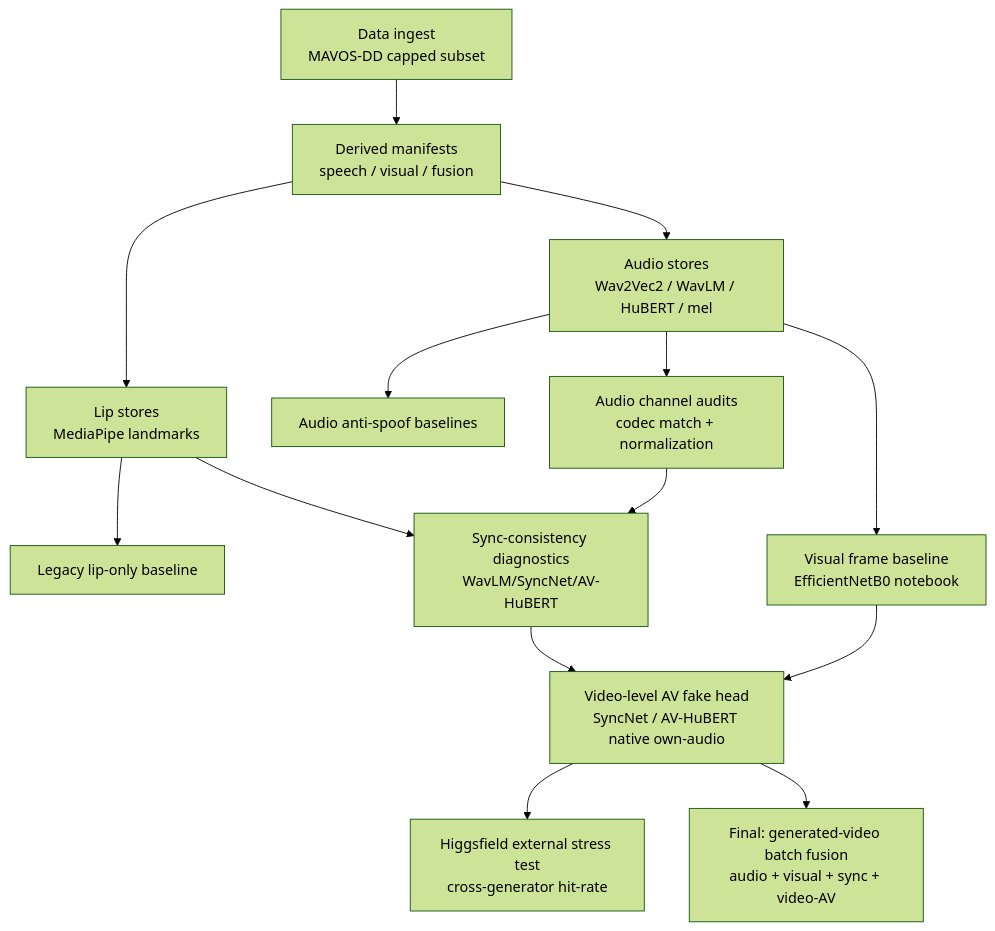
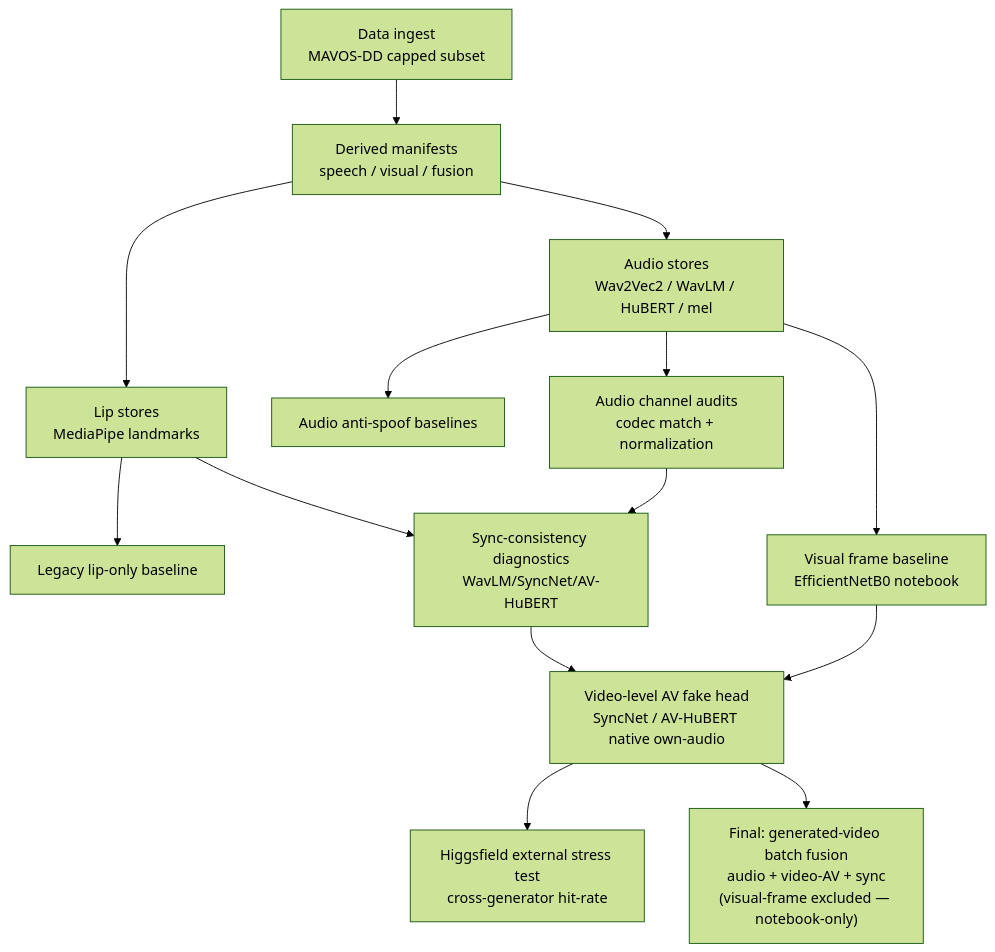
Before and after one commit to Fgram-devAI/mavosdd-audiovisual-deepfake-detection: the diagram in README.md, drawn with Mermaid (forest theme). The commit also changed other lines of this file and 2 other files, not shown here.

First line of the commit message:
docs: clarify shipped fusion uses three heads and frame sync-only as diagnostic

````diff
--- a/README.md
+++ b/README.md
@@ -35,16 +42,16 @@
 ```mermaid
 flowchart TD
     A["Data ingest<br/>MAVOS-DD capped subset"] --> B["Derived manifests<br/>speech / visual / fusion"]
     B --> C["Audio stores<br/>Wav2Vec2 / WavLM / HuBERT / mel"]
     B --> D["Lip stores<br/>MediaPipe landmarks"]
     C --> E[Audio anti-spoof baselines]
     D --> F[Legacy lip-only baseline]
     C --> G["Audio channel audits<br/>codec match + normalization"]
     G --> H["Sync-consistency diagnostics<br/>WavLM/SyncNet/AV-HuBERT"]
     C --> I["Visual frame baseline<br/>EfficientNetB0 notebook"]
     D --> H
     I --> V["Video-level AV fake head<br/>SyncNet / AV-HuBERT native own-audio"]
     H --> V
     V --> W["Higgsfield external stress test<br/>cross-generator hit-rate"]
-    V --> K["Final: generated-video batch fusion<br/>audio + visual + sync + video-AV"]
+    V --> K["Final: generated-video batch fusion<br/>audio + video-AV + sync<br/>(visual-frame excluded — notebook-only)"]
 ```
````
